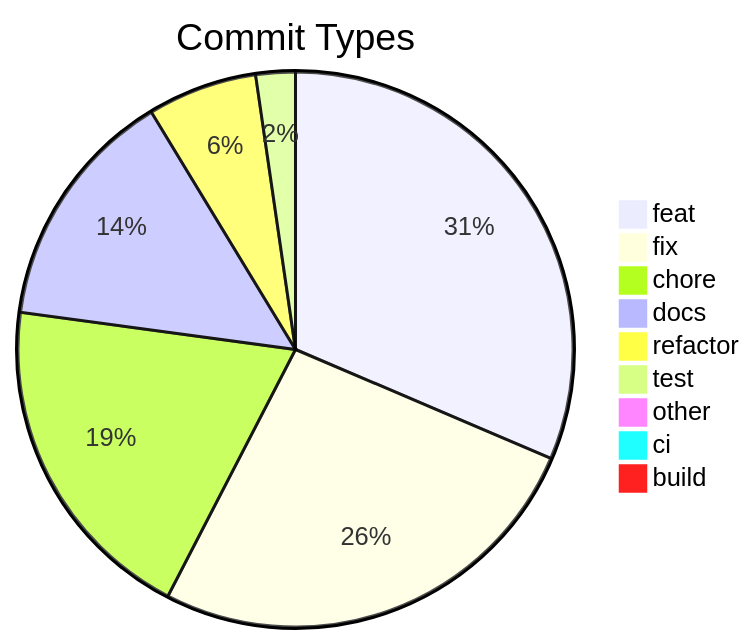
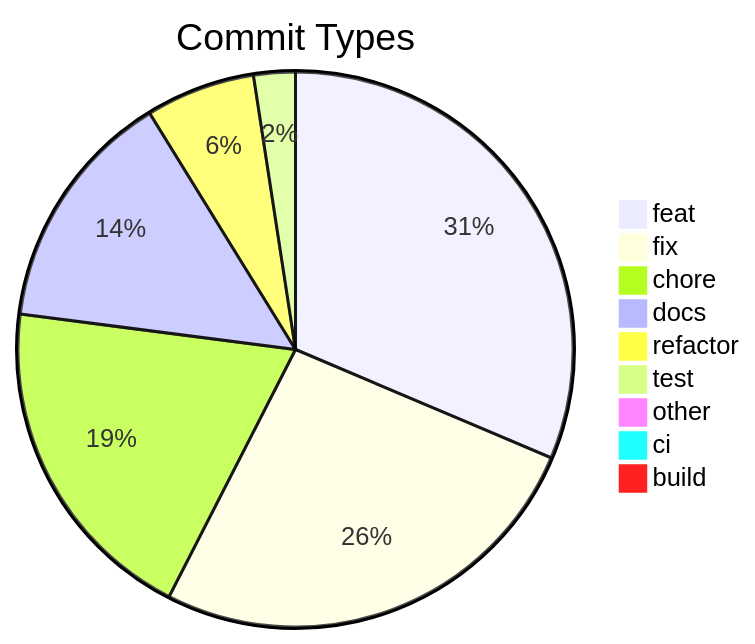
One commit to svenroth-ai/shipwright changed the diagram in .shipwright/compliance/change-history.md. Above: the diagram before and after it, drawn with Mermaid. The commit also changed other lines of this file and 3 other files, not shown here.

````diff
--- a/.shipwright/compliance/change-history.md
+++ b/.shipwright/compliance/change-history.md
@@ -8,12 +8,12 @@
 ```mermaid
 pie title Commit Types
     "feat" : 246
     "fix" : 205
     "chore" : 153
     "docs" : 111
     "refactor" : 50
-    "test" : 18
+    "test" : 19
     "other" : 7
     "ci" : 1
     "build" : 1
 ```
````
